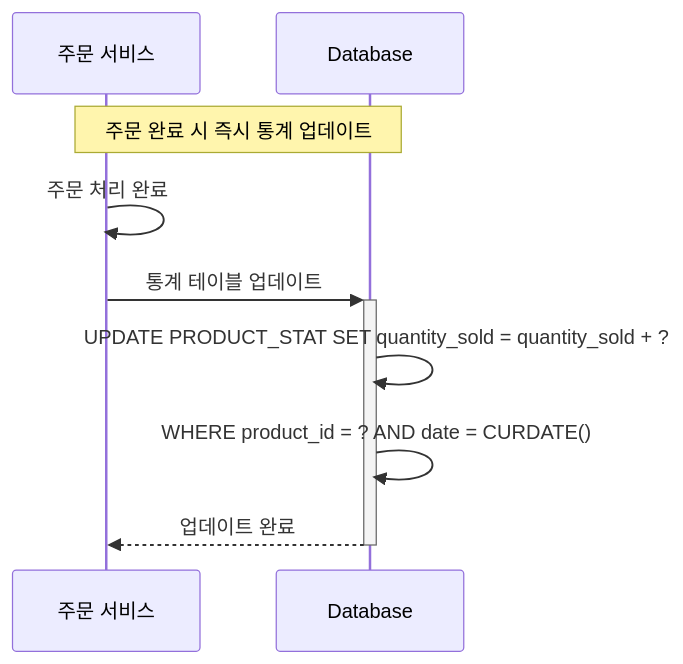
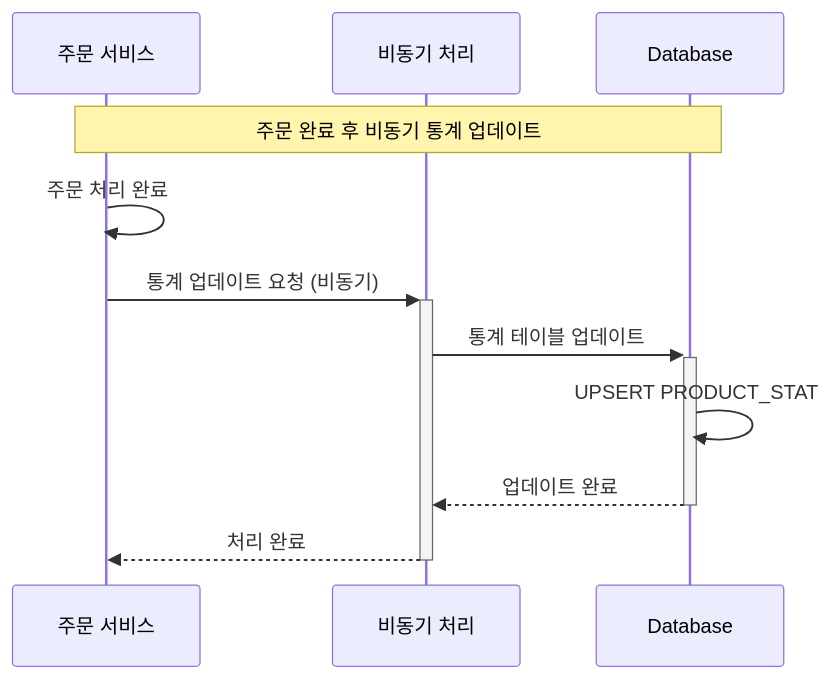
The eighth of 11 diagrams in docs/sequence_diagram.md (yuni02/hhplus-ecommerce), drawn with Mermaid before and after one commit. The commit also changed other lines of this file, not shown here.

First line of the commit message:
fix: sequence 다이어그램 수정

````diff
--- a/docs/sequence_diagram.md
+++ b/docs/sequence_diagram.md
@@ -195,12 +192,14 @@
 ```mermaid
 sequenceDiagram
     participant Order as 주문 서비스
+    participant Async as 비동기 처리
     participant DB as Database
 
-    Note over Order, DB: 주문 완료 시 즉시 통계 업데이트
+    Note over Order, DB: 주문 완료 후 비동기 통계 업데이트
     Order->>Order: 주문 처리 완료
-    Order->>+DB: 통계 테이블 업데이트
-    DB->>DB: UPDATE PRODUCT_STAT SET quantity_sold = quantity_sold + ?
-    DB->>DB: WHERE product_id = ? AND date = CURDATE()
-    DB-->>-Order: 업데이트 완료
+    Order->>+Async: 통계 업데이트 요청 (비동기)
+    Async->>+DB: 통계 테이블 업데이트
+    DB->>DB: UPSERT PRODUCT_STAT
+    DB-->>-Async: 업데이트 완료
+    Async-->>-Order: 처리 완료
 ```
````
